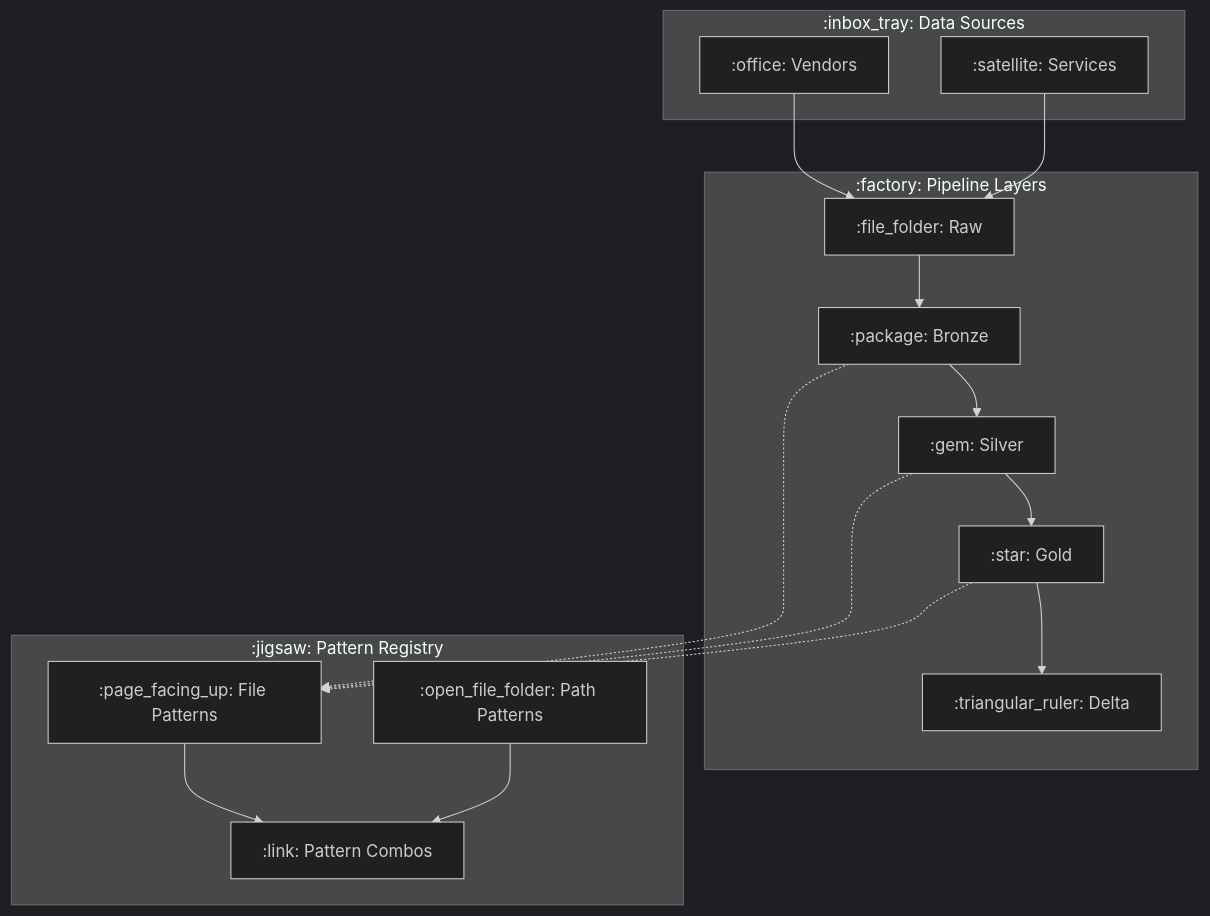
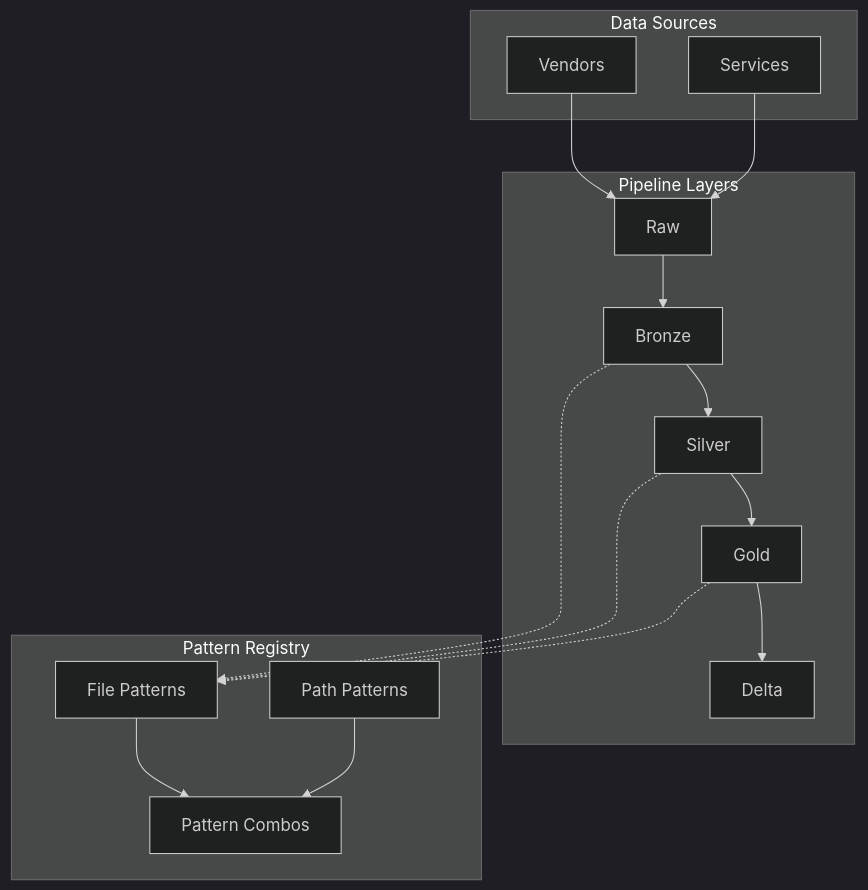
Before and after one commit to ThanuMahee12/AgentContext: the fourth of 22 diagrams in docs/brainstorms/investigation-db.md, drawn with Mermaid (dark theme). The commit also changed other lines of this file, not shown here.

Commit message:
docs: remove emoji shortcodes from mermaid diagrams

````diff
--- a/docs/brainstorms/investigation-db.md
+++ b/docs/brainstorms/investigation-db.md
@@ -74,31 +74,31 @@
 ```mermaid
 flowchart TB
-    subgraph Sources[":inbox_tray: Data Sources"]
-        V[":office: Vendors"]
-        S[":satellite: Services"]
+    subgraph Sources["Data Sources"]
+        V["Vendors"]
+        S["Services"]
     end
 
-    subgraph Pipeline[":factory: Pipeline Layers"]
-        RAW[":file_folder: Raw"]
-        BRONZE[":package: Bronze"]
-        SILVER[":gem: Silver"]
-        GOLD[":star: Gold"]
-        DELTA[":triangular_ruler: Delta"]
+    subgraph Pipeline["Pipeline Layers"]
+        RAW["Raw"]
+        BRONZE["Bronze"]
+        SILVER["Silver"]
+        GOLD["Gold"]
+        DELTA["Delta"]
 
         RAW --> BRONZE --> SILVER --> GOLD --> DELTA
     end
 
-    subgraph Patterns[":jigsaw: Pattern Registry"]
-        FP[":page_facing_up: File Patterns"]
-        PP[":open_file_folder: Path Patterns"]
-        PC[":link: Pattern Combos"]
+    subgraph Patterns["Pattern Registry"]
+        FP["File Patterns"]
+        PP["Path Patterns"]
+        PC["Pattern Combos"]
     end
 
     V --> RAW
     S --> RAW
     BRONZE -.-> FP
     SILVER -.-> FP
     GOLD -.-> FP
     FP --> PC
     PP --> PC
 ```
````
